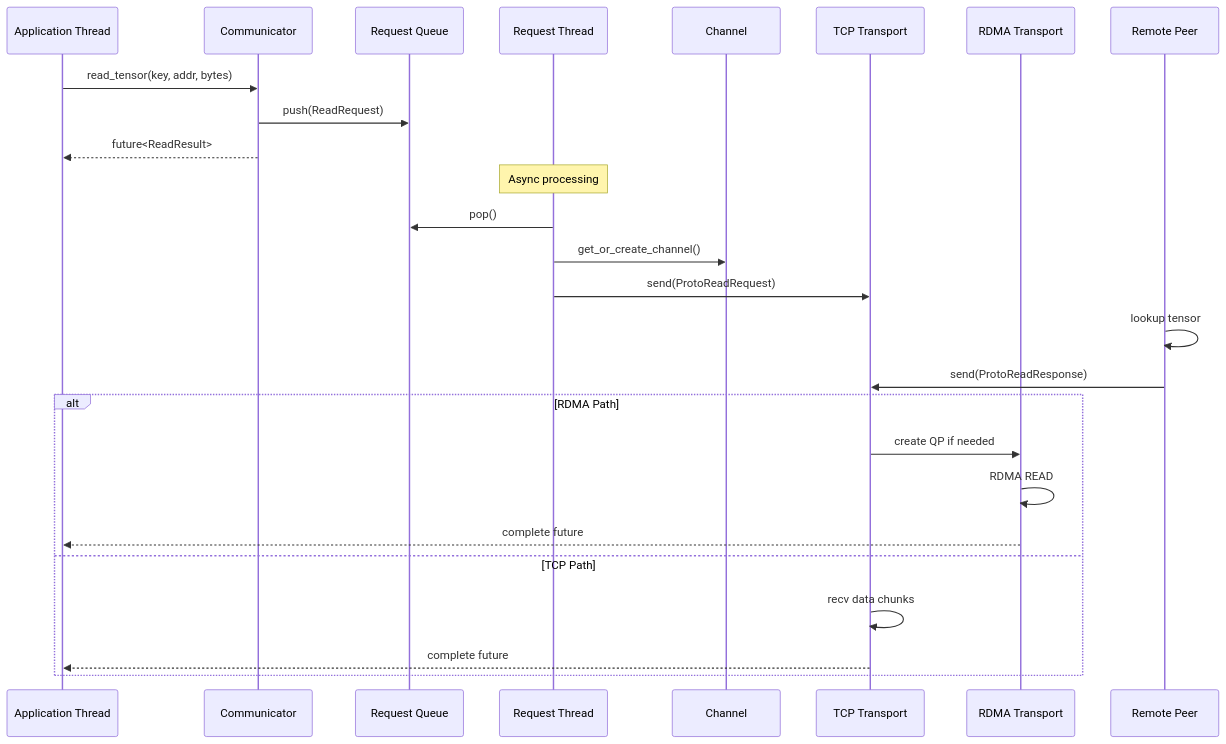
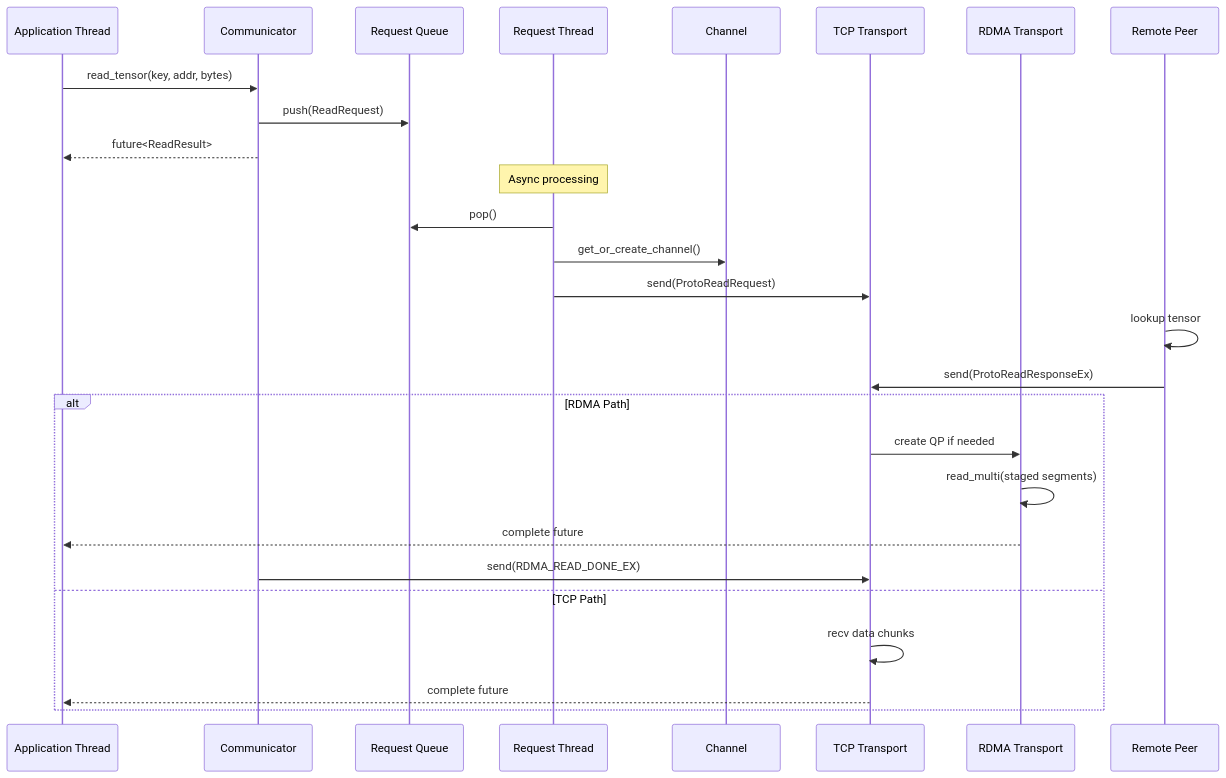
One commit to tensorcast-ai/tensorcast changed the eighth of 13 diagrams in core/communicator/README.md. Above: the diagram before and after it, drawn with Mermaid. The commit also changed other lines of this file and 5 other files, not shown here.

````diff
--- a/core/communicator/README.md
+++ b/core/communicator/README.md
@@ -363,32 +406,33 @@
 ```mermaid
 sequenceDiagram
   participant App as Application Thread
   participant CE as Communicator
   participant RQ as Request Queue
   participant RT as Request Thread
   participant CH as Channel
   participant TCP as TCP Transport
   participant RDMA as RDMA Transport
   participant Remote as Remote Peer
 
   App->>CE: read_tensor(key, addr, bytes)
   CE->>RQ: push(ReadRequest)
   CE-->>App: future<ReadResult>
 
   Note over RT: Async processing
   RT->>RQ: pop()
   RT->>CH: get_or_create_channel()
   RT->>TCP: send(ProtoReadRequest)
 
   Remote->>Remote: lookup tensor
-  Remote->>TCP: send(ProtoReadResponse)
+  Remote->>TCP: send(ProtoReadResponseEx)
 
   alt RDMA Path
     TCP->>RDMA: create QP if needed
-    RDMA->>RDMA: RDMA READ
+    RDMA->>RDMA: read_multi(staged segments)
     RDMA-->>App: complete future
+    CE->>TCP: send(RDMA_READ_DONE_EX)
   else TCP Path
     TCP->>TCP: recv data chunks
     TCP-->>App: complete future
   end
 ```
````
